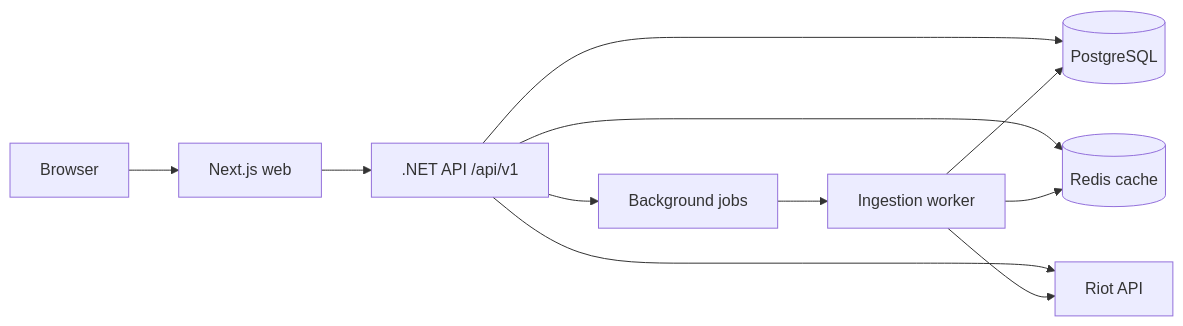
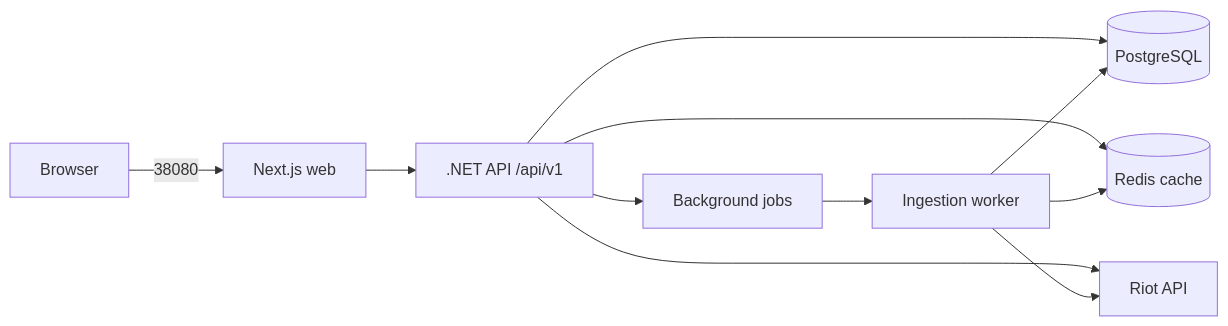
Before and after one commit to D0kker/improved-train: the diagram in docs/ARCHITECTURE.md, drawn with Mermaid. The commit also changed other lines of this file and 70 other files, not shown here.

````diff
--- a/docs/ARCHITECTURE.md
+++ b/docs/ARCHITECTURE.md
@@ -13,13 +13,13 @@
 ```mermaid
 flowchart LR
-  Browser[Browser] --> Web[Next.js web]
+  Browser[Browser] -->|38080| Web[Next.js web]
   Web --> API[.NET API /api/v1]
   API --> Jobs[Background jobs]
   Jobs --> Worker[Ingestion worker]
   API --> Postgres[(PostgreSQL)]
   Worker --> Postgres
   API --> Redis[(Redis cache)]
   Worker --> Redis
   API --> Riot[Riot API]
   Worker --> Riot
 ```
````
